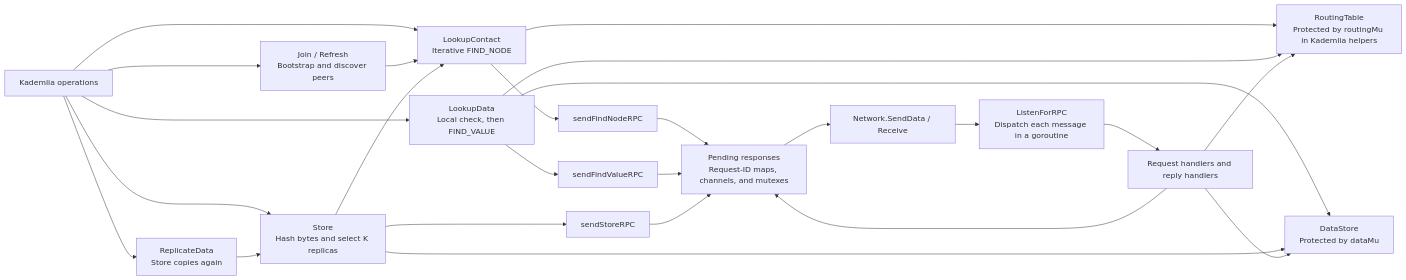
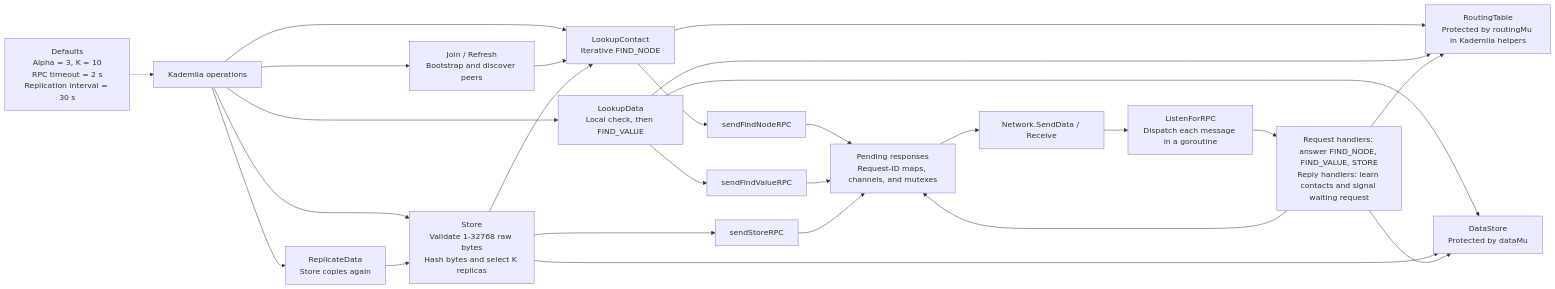
The fourth of 17 diagrams in labs/ARCHITECTURE.md (mohraj-0/Mobil-and-distributed-D7024E), drawn with Mermaid before and after one commit. The commit also changed other lines of this file, not shown here.

````diff
--- a/labs/ARCHITECTURE.md
+++ b/labs/ARCHITECTURE.md
@@ -117,28 +124,29 @@
 ```mermaid
 flowchart LR
     API["Kademlia operations"]
+    SETTINGS["Defaults<br/>Alpha = 3, K = 10<br/>RPC timeout = 2 s<br/>Replication interval = 30 s"] -.-> API
     API --> JOIN["Join / Refresh<br/>Bootstrap and discover peers"]
     API --> LOOK["LookupContact<br/>Iterative FIND_NODE"]
     API --> GET["LookupData<br/>Local check, then FIND_VALUE"]
-    API --> STORE["Store<br/>Hash bytes and select K replicas"]
+    API --> STORE["Store<br/>Validate 1-32768 raw bytes<br/>Hash bytes and select K replicas"]
     API --> REP["ReplicateData<br/>Store copies again"]
     JOIN --> LOOK
     STORE --> LOOK
     REP --> STORE
     GET --> DS["DataStore<br/>Protected by dataMu"]
     STORE --> DS
     LOOK --> RT["RoutingTable<br/>Protected by routingMu in Kademlia helpers"]
     GET --> RT
     LOOK --> SEND["sendFindNodeRPC"]
     GET --> FV["sendFindValueRPC"]
     STORE --> SR["sendStoreRPC"]
     SEND --> PENDING["Pending responses<br/>Request-ID maps, channels, and mutexes"]
     FV --> PENDING
     SR --> PENDING
     PENDING --> NET["Network.SendData / Receive"]
     NET --> LISTEN["ListenForRPC<br/>Dispatch each message in a goroutine"]
-    LISTEN --> HANDLERS["Request handlers and reply handlers"]
+    LISTEN --> HANDLERS["Request handlers: answer FIND_NODE, FIND_VALUE, STORE<br/>Reply handlers: learn contacts and signal waiting request"]
     HANDLERS --> DS
     HANDLERS --> RT
     HANDLERS --> PENDING
 ```
````
